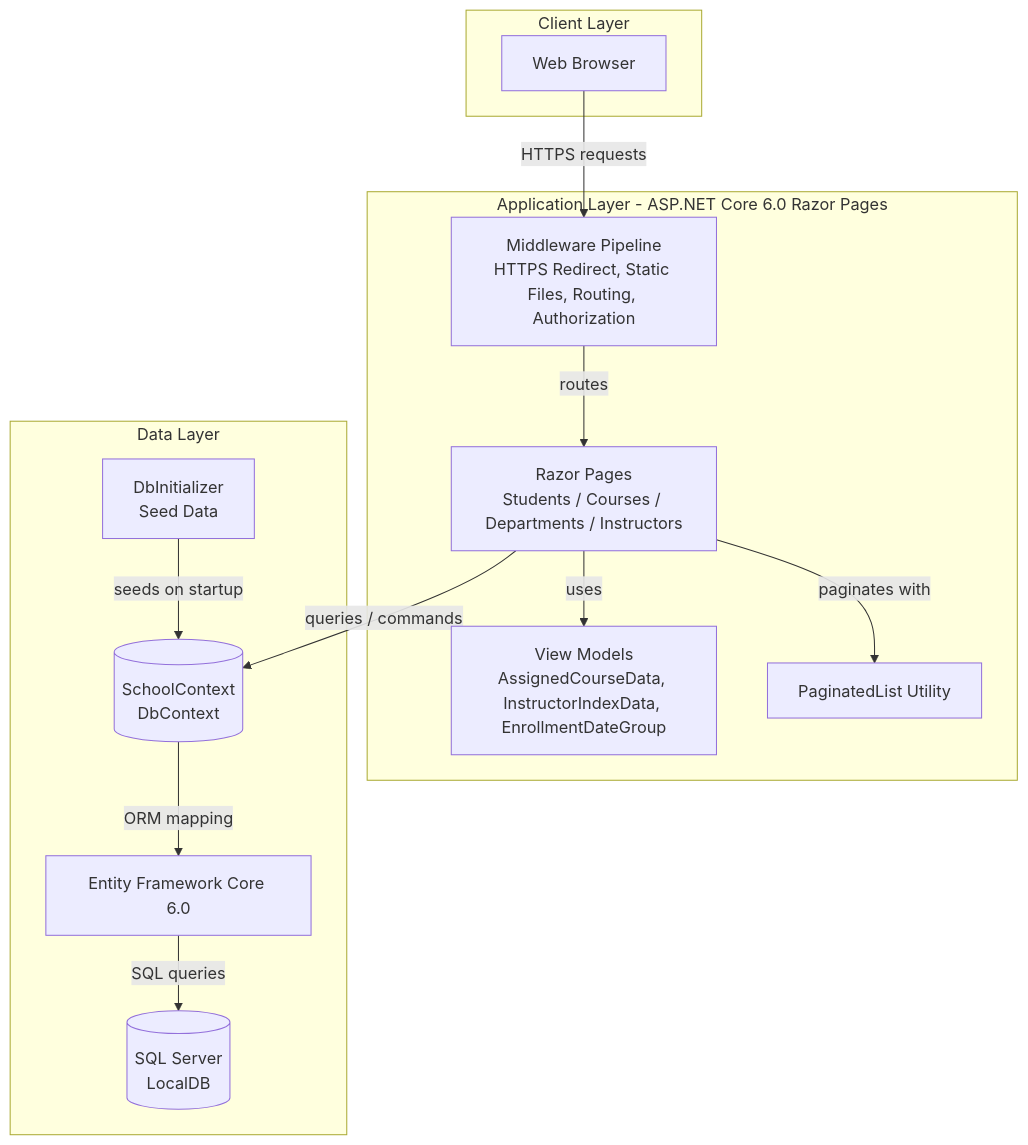
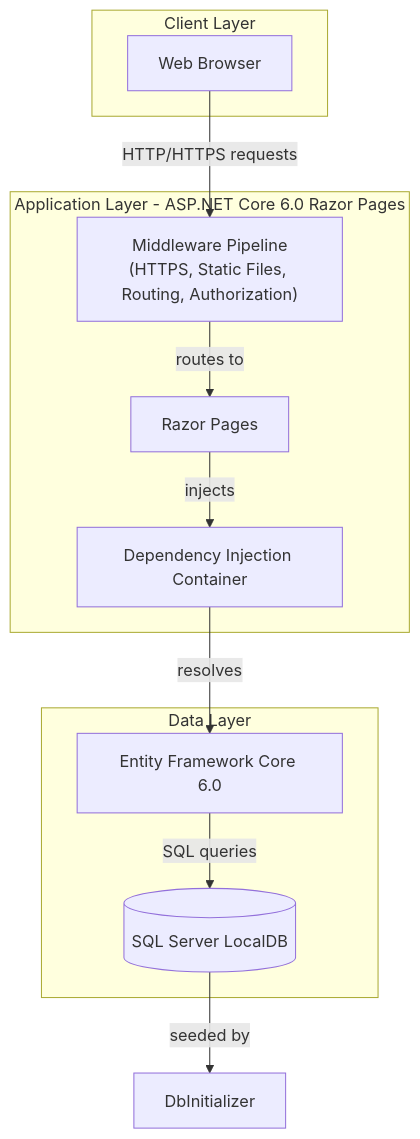
Before and after one commit to zhoufenqin/ContosoUniversity: the first of 2 diagrams in .github/modernize/architecture-diagram.md, drawn with Mermaid. The commit also changed other lines of this file and 269 other files, not shown here.

Commit message:
Add assessment report, architecture diagram, and dependency map

````diff
--- a/.github/modernize/architecture-diagram.md
+++ b/.github/modernize/architecture-diagram.md
@@ -7,27 +7,22 @@
 ```mermaid
 flowchart TD
     subgraph Client["Client Layer"]
         Browser["Web Browser"]
     end
     subgraph App["Application Layer - ASP.NET Core 6.0 Razor Pages"]
-        Pages["Razor Pages\nStudents / Courses / Departments / Instructors"]
-        Middleware["Middleware Pipeline\nHTTPS Redirect, Static Files, Routing, Authorization"]
-        ViewModels["View Models\nAssignedCourseData, InstructorIndexData, EnrollmentDateGroup"]
-        PaginatedList["PaginatedList Utility"]
+        Pages["Razor Pages"]
+        Middleware["Middleware Pipeline\n(HTTPS, Static Files, Routing, Authorization)"]
+        DI["Dependency Injection Container"]
     end
     subgraph Data["Data Layer"]
-        EFCore["Entity Framework Core 6.0"]
-        SchoolCtx[("SchoolContext\nDbContext")]
-        DB[("SQL Server\nLocalDB")]
-        DbInit["DbInitializer\nSeed Data"]
+        EF["Entity Framework Core 6.0"]
+        DB[("SQL Server LocalDB")]
     end
 
-    Browser -->|"HTTPS requests"| Middleware
-    Middleware -->|"routes"| Pages
-    Pages -->|"uses"| ViewModels
-    Pages -->|"paginates with"| PaginatedList
-    Pages -->|"queries / commands"| SchoolCtx
-    SchoolCtx -->|"ORM mapping"| EFCore
-    EFCore -->|"SQL queries"| DB
-    DbInit -->|"seeds on startup"| SchoolCtx
+    Browser -->|"HTTP/HTTPS requests"| Middleware
+    Middleware -->|"routes to"| Pages
+    Pages -->|"injects"| DI
+    DI -->|"resolves"| EF
+    EF -->|"SQL queries"| DB
+    DB -->|"seeded by"| DbInit["DbInitializer"]
 ```
````
